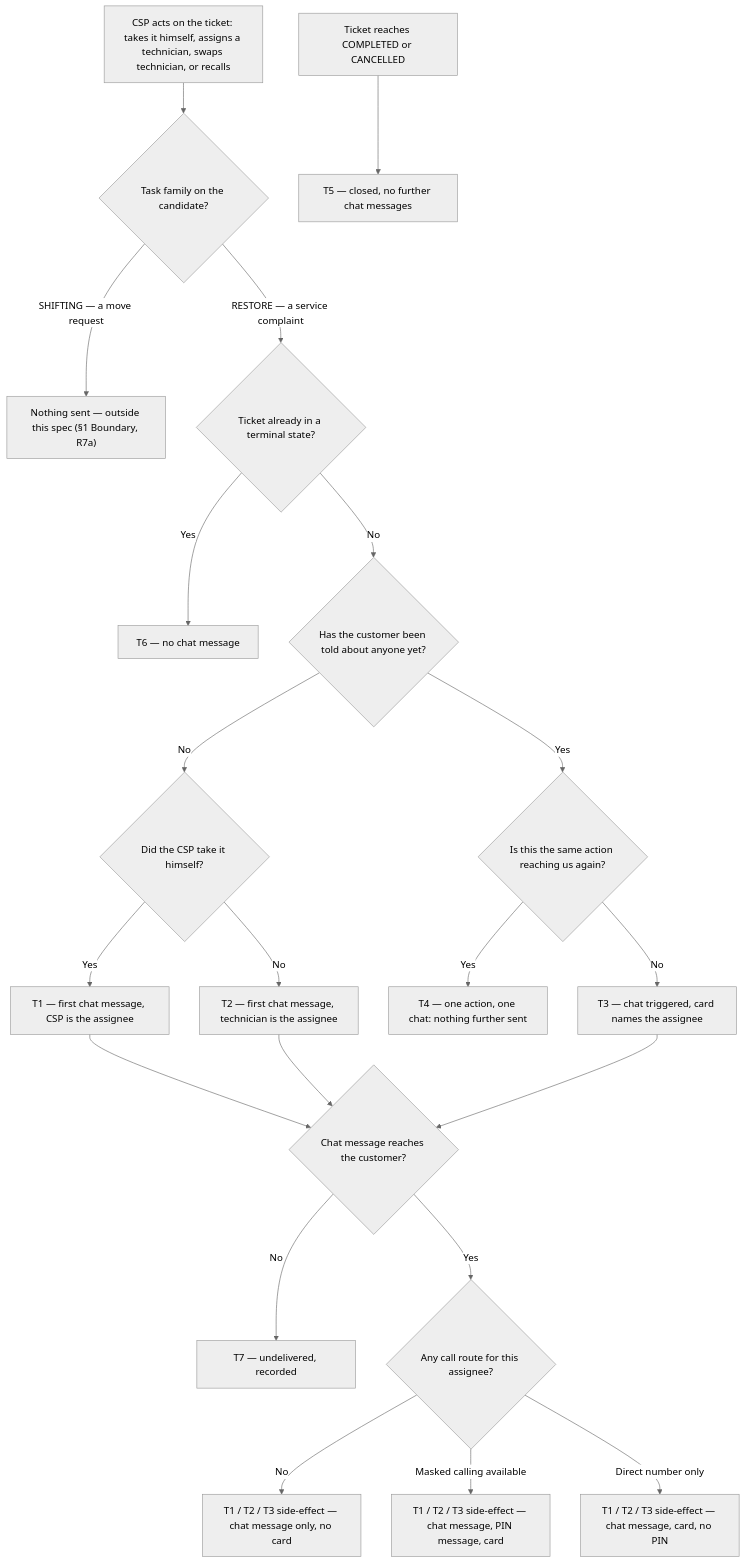
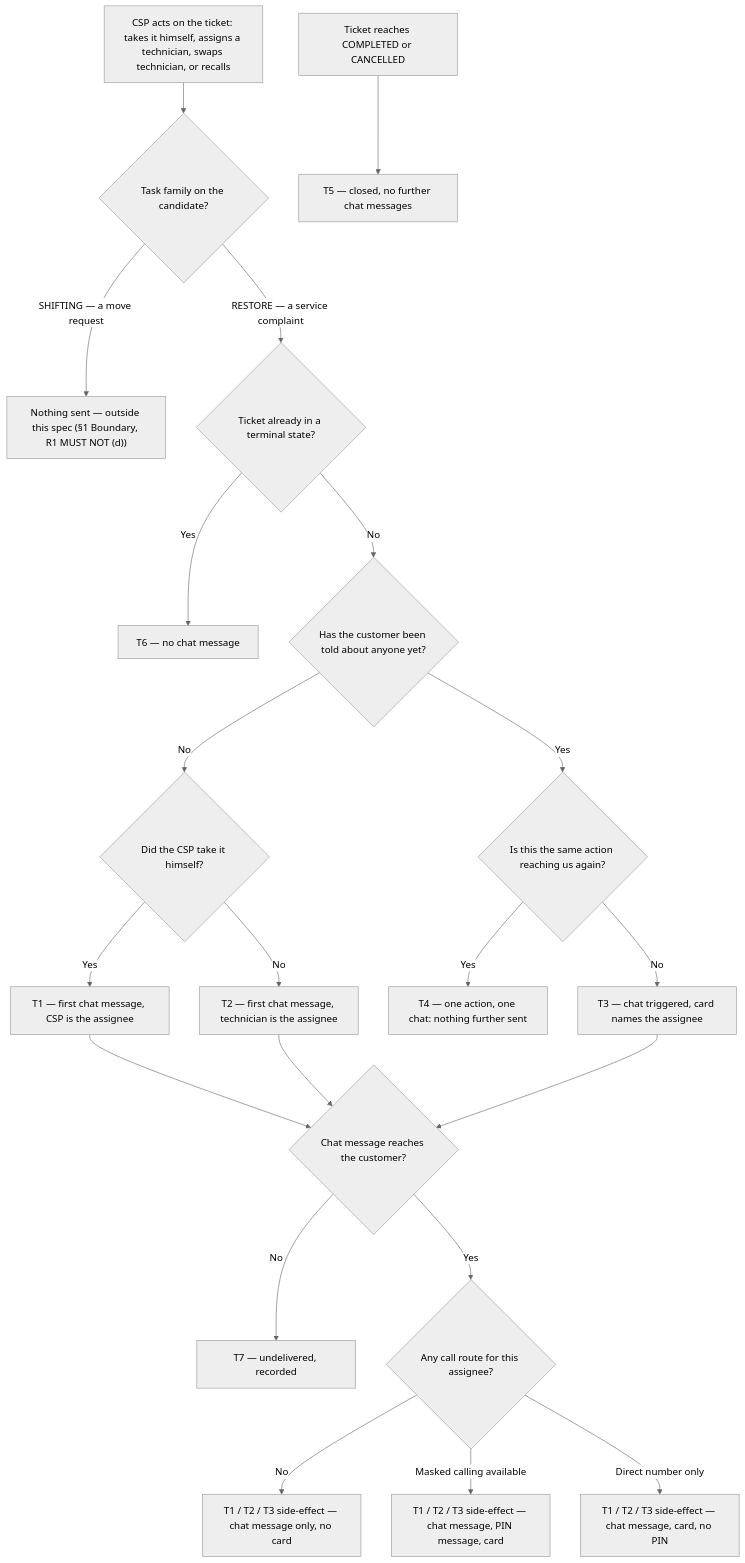
One commit to ashish-raj-wiom/service-ticket-handler-notice-prd changed the diagram in Service_Ticket_Handler_Notice_PRD.md. Above: the diagram before and after it, drawn with Mermaid (neutral theme). The commit also changed other lines of this file, not shown here.

````diff
--- a/Service_Ticket_Handler_Notice_PRD.md
+++ b/Service_Ticket_Handler_Notice_PRD.md
@@ -61,23 +57,23 @@
 ```mermaid
 flowchart TD
     A["CSP acts on the ticket: takes it himself, assigns a technician, swaps technician, or recalls"] --> A2{"Task family on the candidate?"}
-    A2 -- "SHIFTING — a move request" --> A3["Nothing sent — outside this spec (§1 Boundary, R7a)"]
+    A2 -- "SHIFTING — a move request" --> A3["Nothing sent — outside this spec (§1 Boundary, R1 MUST NOT (d))"]
     A2 -- "RESTORE — a service complaint" --> B{"Ticket already in a terminal state?"}
     B -- "Yes" --> C["T6 — no chat message"]
     B -- "No" --> D{"Has the customer been told about anyone yet?"}
     D -- "No" --> D2{"Did the CSP take it himself?"}
     D2 -- "Yes" --> E["T1 — first chat message, CSP is the assignee"]
     D2 -- "No" --> F["T2 — first chat message, technician is the assignee"]
     D -- "Yes" --> G{"Is this the same action reaching us again?"}
     G -- "Yes" --> H["T4 — one action, one chat: nothing further sent"]
     G -- "No" --> I["T3 — chat triggered, card names the assignee"]
     J["Ticket reaches COMPLETED or CANCELLED"] --> K["T5 — closed, no further chat messages"]
     E --> L{"Chat message reaches the customer?"}
     F --> L
     I --> L
     L -- "No" --> M["T7 — undelivered, recorded"]
     L -- "Yes" --> O{"Any call route for this assignee?"}
     O -- "No" --> P["T1 / T2 / T3 side-effect — chat message only, no card"]
     O -- "Masked calling available" --> Q["T1 / T2 / T3 side-effect — chat message, PIN message, card"]
     O -- "Direct number only" --> R["T1 / T2 / T3 side-effect — chat message, card, no PIN"]
 ```
````
